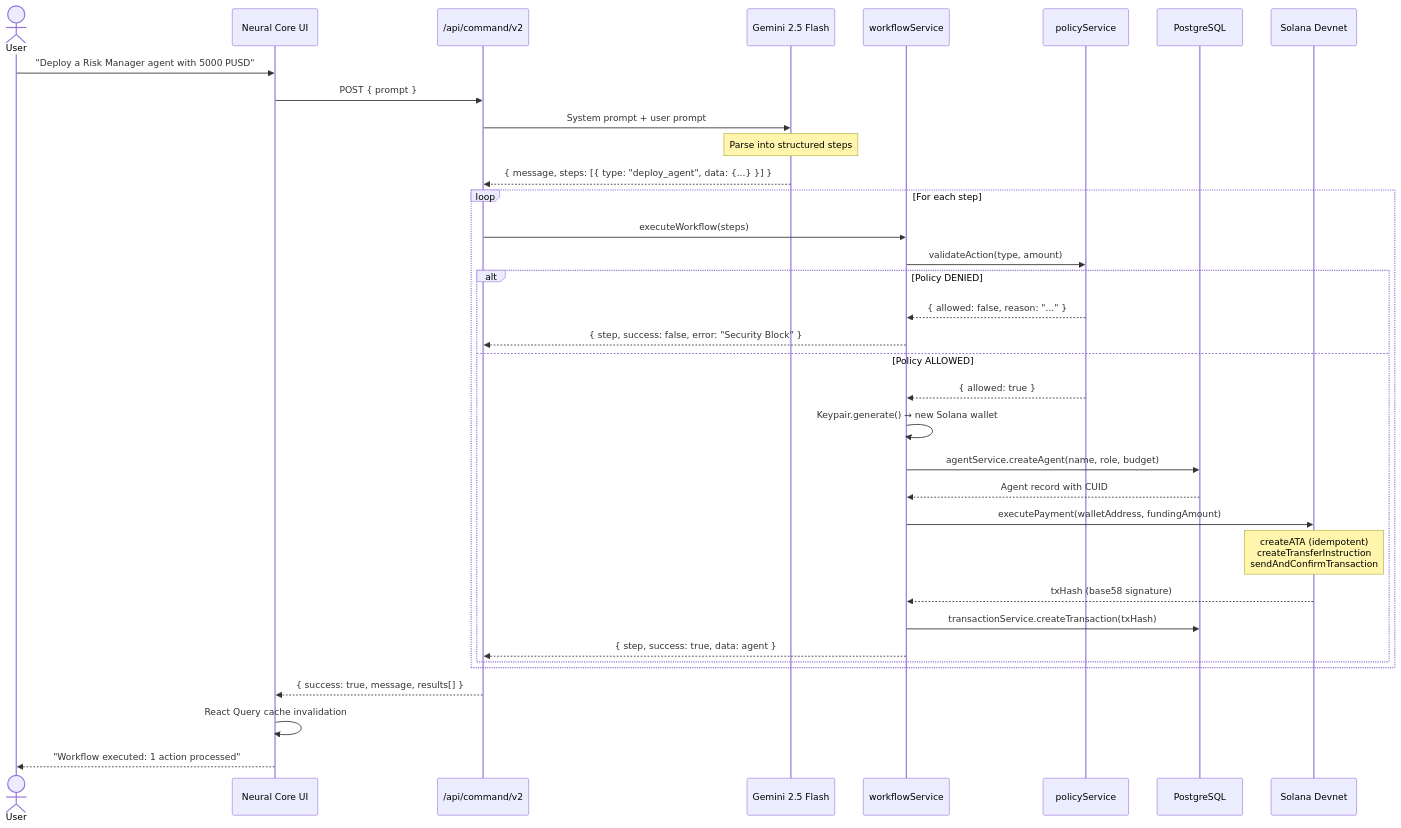
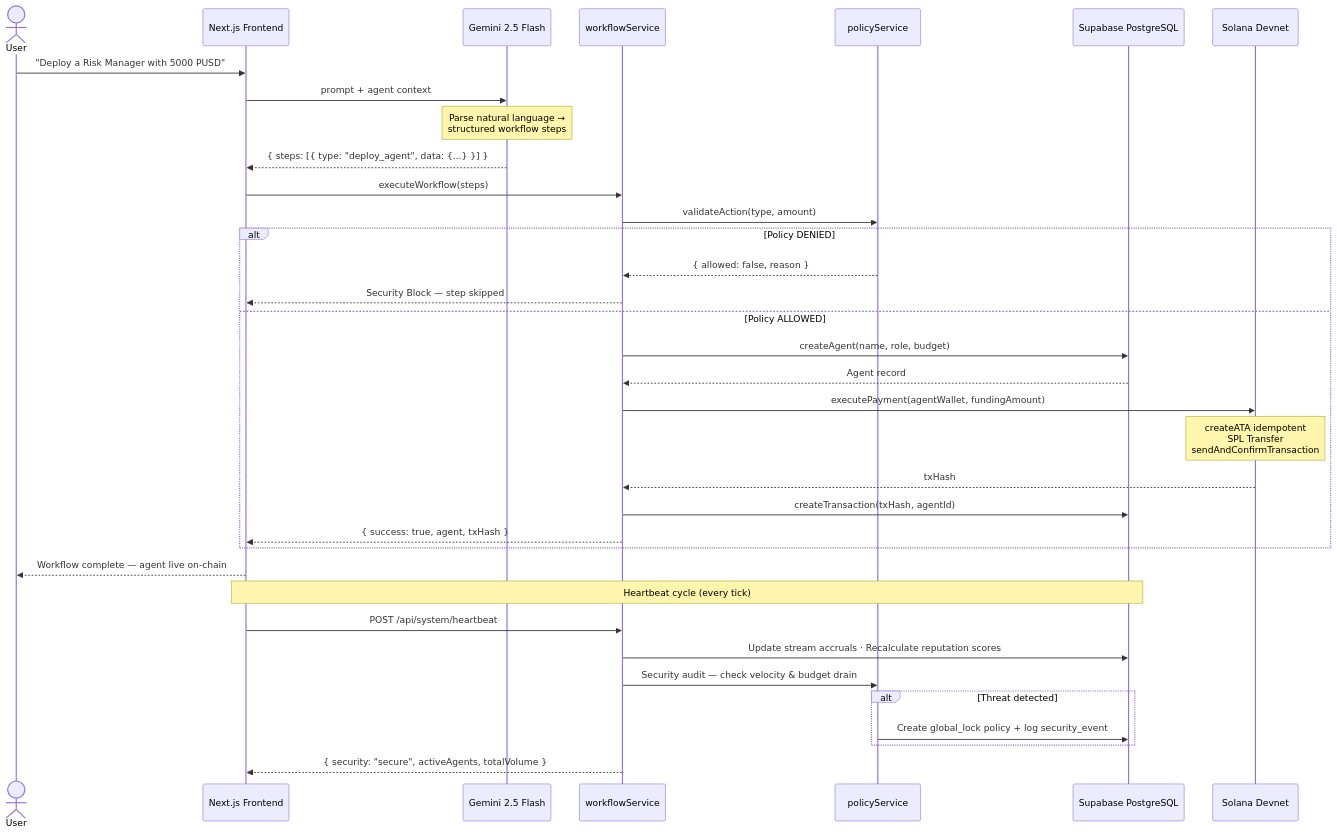
The second of 3 diagrams in README.md (sunkireddy-Barath/PalmFlow-AI), drawn with Mermaid before and after one commit. The commit also changed other lines of this file, not shown here.

````diff
--- a/README.md
+++ b/README.md
@@ -193,41 +185,41 @@
 ```mermaid
 sequenceDiagram
     actor User
-    participant Chat as Neural Core UI
-    participant API as /api/command/v2
+    participant UI as Next.js Frontend
     participant LLM as Gemini 2.5 Flash
     participant WF as workflowService
     participant Policy as policyService
-    participant DB as PostgreSQL
+    participant DB as Supabase PostgreSQL
     participant Solana as Solana Devnet
 
-    User->>Chat: "Deploy a Risk Manager agent with 5000 PUSD"
-    Chat->>API: POST { prompt }
+    User->>UI: "Deploy a Risk Manager with 5000 PUSD"
+    UI->>LLM: prompt + agent context
+    Note over LLM: Parse natural language →<br/>structured workflow steps
+    LLM-->>UI: { steps: [{ type: "deploy_agent", data: {...} }] }
 
-    API->>LLM: System prompt + user prompt
-    Note over LLM: Parse into structured steps
-    LLM-->>API: { message, steps: [{ type: "deploy_agent", data: {...} }] }
-
-    loop For each step
-        API->>WF: executeWorkflow(steps)
-        WF->>Policy: validateAction(type, amount)
-        alt Policy DENIED
-            Policy-->>WF: { allowed: false, reason: "..." }
-            WF-->>API: { step, success: false, error: "Security Block" }
-        else Policy ALLOWED
-            Policy-->>WF: { allowed: true }
-            WF->>WF: Keypair.generate() → new Solana wallet
-            WF->>DB: agentService.createAgent(name, role, budget)
-            DB-->>WF: Agent record with CUID
-            WF->>Solana: executePayment(walletAddress, fundingAmount)
-            Note over Solana: createATA (idempotent)<br/>createTransferInstruction<br/>sendAndConfirmTransaction
-            Solana-->>WF: txHash (base58 signature)
-            WF->>DB: transactionService.createTransaction(txHash)
-            WF-->>API: { step, success: true, data: agent }
-        end
+    UI->>WF: executeWorkflow(steps)
+    WF->>Policy: validateAction(type, amount)
+    alt Policy DENIED
+        Policy-->>WF: { allowed: false, reason }
+        WF-->>UI: Security Block — step skipped
+    else Policy ALLOWED
+        WF->>DB: createAgent(name, role, budget)
+        DB-->>WF: Agent record
+        WF->>Solana: executePayment(agentWallet, fundingAmount)
+        Note over Solana: createATA idempotent<br/>SPL Transfer<br/>sendAndConfirmTransaction
+        Solana-->>WF: txHash
+        WF->>DB: createTransaction(txHash, agentId)
+        WF-->>UI: { success: true, agent, txHash }
     end
 
-    API-->>Chat: { success: true, message, results[] }
-    Chat->>Chat: React Query cache invalidation
-    Chat-->>User: "Workflow executed: 1 action processed"
+    UI-->>User: Workflow complete — agent live on-chain
+
+    Note over UI,DB: Heartbeat cycle (every tick)
+    UI->>WF: POST /api/system/heartbeat
+    WF->>DB: Update stream accruals · Recalculate reputation scores
+    WF->>Policy: Security audit — check velocity & budget drain
+    alt Threat detected
+        Policy->>DB: Create global_lock policy + log security_event
+    end
+    WF-->>UI: { security: "secure", activeAgents, totalVolume }
 ```
````
